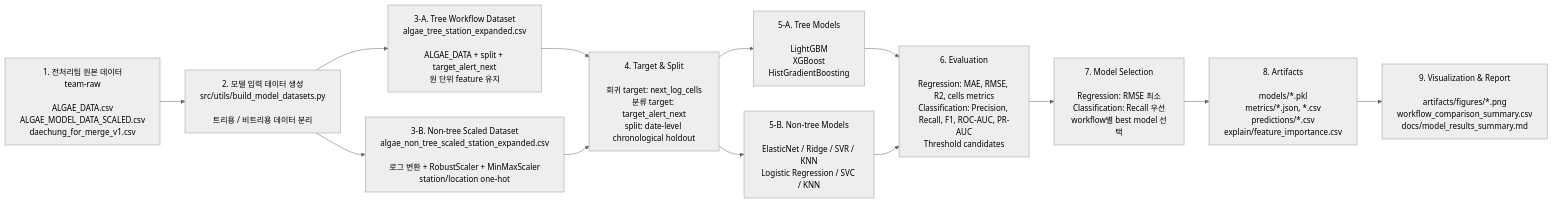
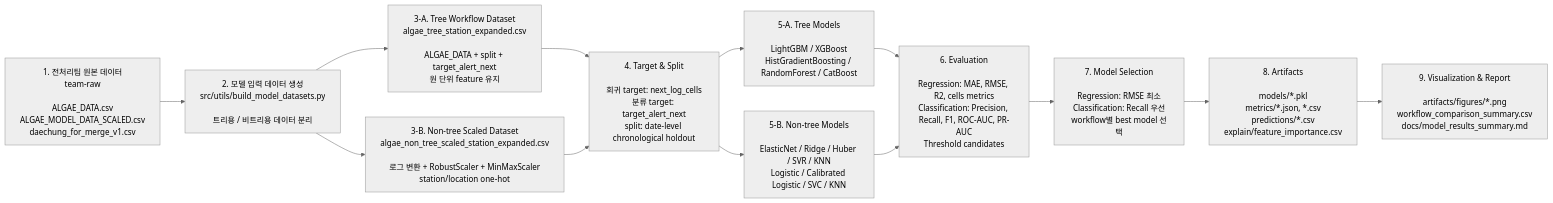
The diagram in docs/modeling_pipeline_diagram.md (Chunbae-A/model), drawn with Mermaid (neutral theme) before and after one commit. The commit also changed other lines of this file and 32 other files, not shown here.

````diff
--- a/docs/modeling_pipeline_diagram.md
+++ b/docs/modeling_pipeline_diagram.md
@@ -5,27 +5,27 @@
 ```mermaid
 flowchart LR
     A["1. 전처리팀 원본 데이터<br/>team-raw<br/><br/>ALGAE_DATA.csv<br/>ALGAE_MODEL_DATA_SCALED.csv<br/>daechung_for_merge_v1.csv"]
     B["2. 모델 입력 데이터 생성<br/>src/utils/build_model_datasets.py<br/><br/>트리용 / 비트리용 데이터 분리"]
     C1["3-A. Tree Workflow Dataset<br/>algae_tree_station_expanded.csv<br/><br/>ALGAE_DATA + split + target_alert_next<br/>원 단위 feature 유지"]
     C2["3-B. Non-tree Scaled Dataset<br/>algae_non_tree_scaled_station_expanded.csv<br/><br/>로그 변환 + RobustScaler + MinMaxScaler<br/>station/location one-hot"]
     D["4. Target & Split<br/><br/>회귀 target: next_log_cells<br/>분류 target: target_alert_next<br/>split: date-level chronological holdout"]
-    E1["5-A. Tree Models<br/><br/>LightGBM<br/>XGBoost<br/>HistGradientBoosting"]
-    E2["5-B. Non-tree Models<br/><br/>ElasticNet / Ridge / SVR / KNN<br/>Logistic Regression / SVC / KNN"]
+    E1["5-A. Tree Models<br/><br/>LightGBM / XGBoost<br/>HistGradientBoosting / RandomForest / CatBoost"]
+    E2["5-B. Non-tree Models<br/><br/>ElasticNet / Ridge / Huber / SVR / KNN<br/>Logistic / Calibrated Logistic / SVC / KNN"]
     F["6. Evaluation<br/><br/>Regression: MAE, RMSE, R2, cells metrics<br/>Classification: Precision, Recall, F1, ROC-AUC, PR-AUC<br/>Threshold candidates"]
     G["7. Model Selection<br/><br/>Regression: RMSE 최소<br/>Classification: Recall 우선<br/>workflow별 best model 선택"]
     H["8. Artifacts<br/><br/>models/*.pkl<br/>metrics/*.json, *.csv<br/>predictions/*.csv<br/>explain/feature_importance.csv"]
     I["9. Visualization & Report<br/><br/>artifacts/figures/*.png<br/>workflow_comparison_summary.csv<br/>docs/model_results_summary.md"]
 
     A --> B
     B --> C1
     B --> C2
     C1 --> D
     C2 --> D
     D --> E1
     D --> E2
     E1 --> F
     E2 --> F
     F --> G
     G --> H
     H --> I
 ```
````
